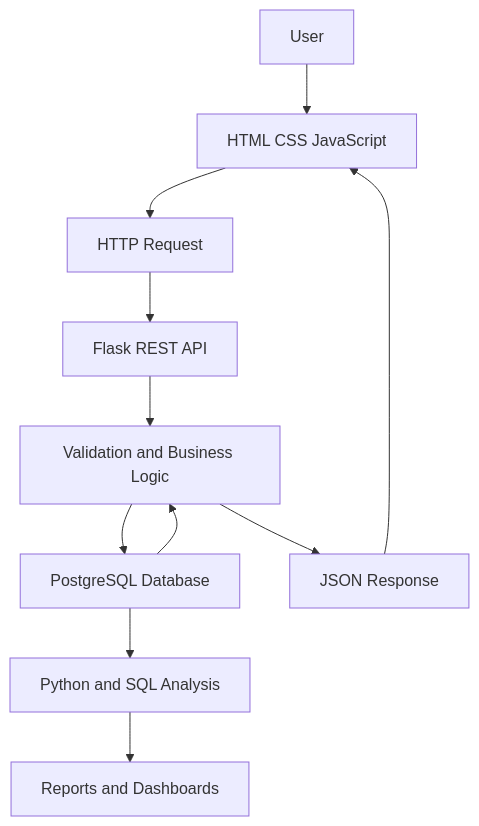
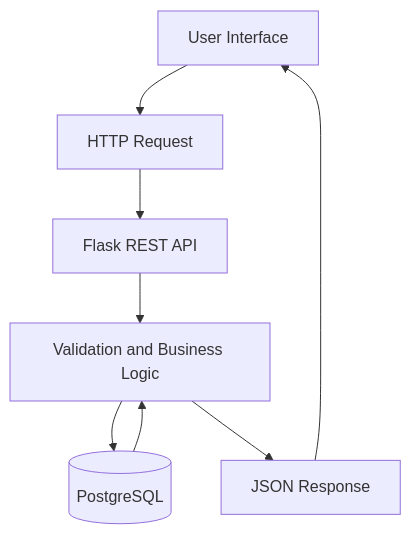
One commit to kanishkailango/kanishkailango changed the first of 2 diagrams in README.md. Above: the diagram before and after it, drawn with Mermaid. The commit also changed other lines of this file, not shown here.

````diff
--- a/README.md
+++ b/README.md
@@ -394,13 +400,10 @@
 ```mermaid
 flowchart TD
-    A[User] --> B[HTML CSS JavaScript]
-    B --> C[HTTP Request]
-    C --> D[Flask REST API]
-    D --> E[Validation and Business Logic]
-    E --> F[PostgreSQL Database]
-    F --> E
-    E --> G[JSON Response]
-    G --> B
-    F --> H[Python and SQL Analysis]
-    H --> I[Reports and Dashboards]
+    A["User Interface"] --> B["HTTP Request"]
+    B --> C["Flask REST API"]
+    C --> D["Validation and Business Logic"]
+    D --> E[("PostgreSQL")]
+    E --> D
+    D --> F["JSON Response"]
+    F --> A
 ```
````
